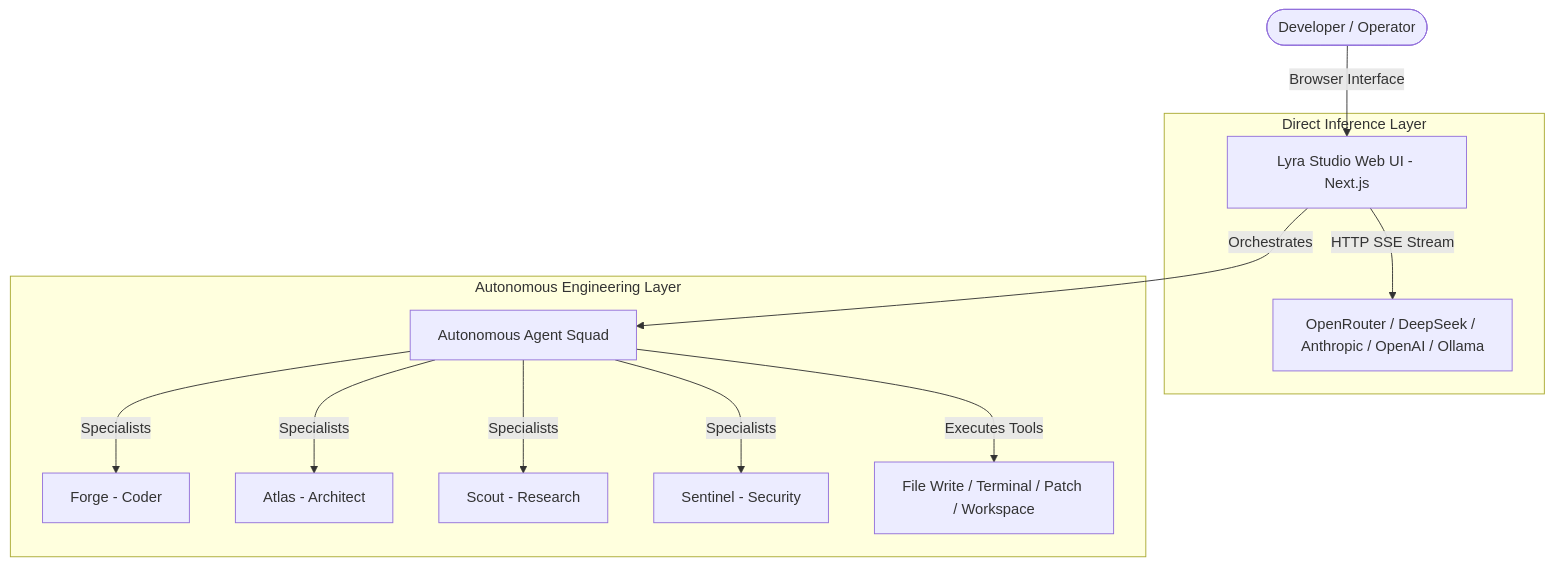
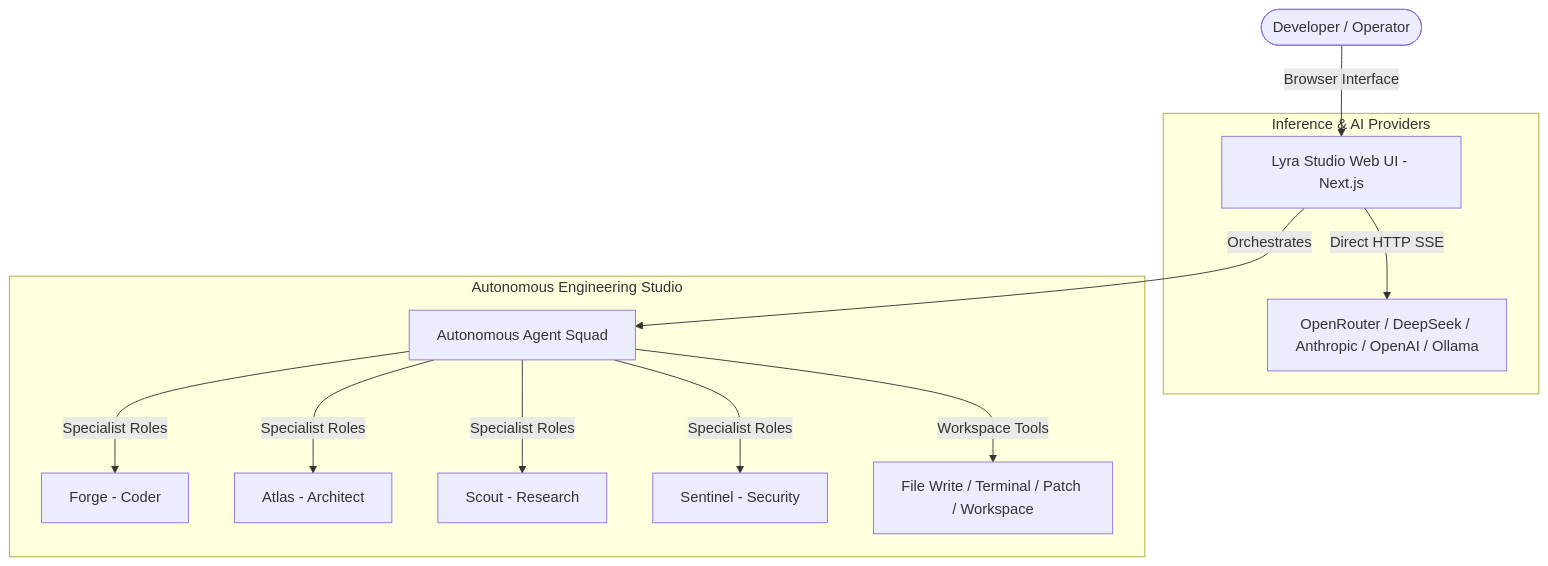
One commit to Kal215/Lyra-webui-hermes changed the diagram in README.md. Above: the diagram before and after it, drawn with Mermaid. The commit also changed 30 other files, not shown here.

Commit message:
chore: streamline repository to focused Lyra Studio Web UI, remove legacy 9router and memory-core-v2 modules

````diff
--- a/README.md
+++ b/README.md
@@ -40,17 +40,17 @@
 ```mermaid
 graph TD
     User([Developer / Operator]) -->|Browser Interface| WebUI[Lyra Studio Web UI - Next.js]
     
-    subgraph "Direct Inference Layer"
-        WebUI -->|HTTP SSE Stream| Providers[OpenRouter / DeepSeek / Anthropic / OpenAI / Ollama]
+    subgraph "Inference & AI Providers"
+        WebUI -->|Direct HTTP SSE| Providers[OpenRouter / DeepSeek / Anthropic / OpenAI / Ollama]
     end
 
-    subgraph "Autonomous Engineering Layer"
+    subgraph "Autonomous Engineering Studio"
         WebUI -->|Orchestrates| Swarm[Autonomous Agent Squad]
-        Swarm -->|Specialists| Forge[Forge - Coder]
-        Swarm -->|Specialists| Atlas[Atlas - Architect]
-        Swarm -->|Specialists| Scout[Scout - Research]
-        Swarm -->|Specialists| Sentinel[Sentinel - Security]
-        Swarm -->|Executes Tools| Tools[File Write / Terminal / Patch / Workspace]
+        Swarm -->|Specialist Roles| Forge[Forge - Coder]
+        Swarm -->|Specialist Roles| Atlas[Atlas - Architect]
+        Swarm -->|Specialist Roles| Scout[Scout - Research]
+        Swarm -->|Specialist Roles| Sentinel[Sentinel - Security]
+        Swarm -->|Workspace Tools| Tools[File Write / Terminal / Patch / Workspace]
     end
 ```
````
